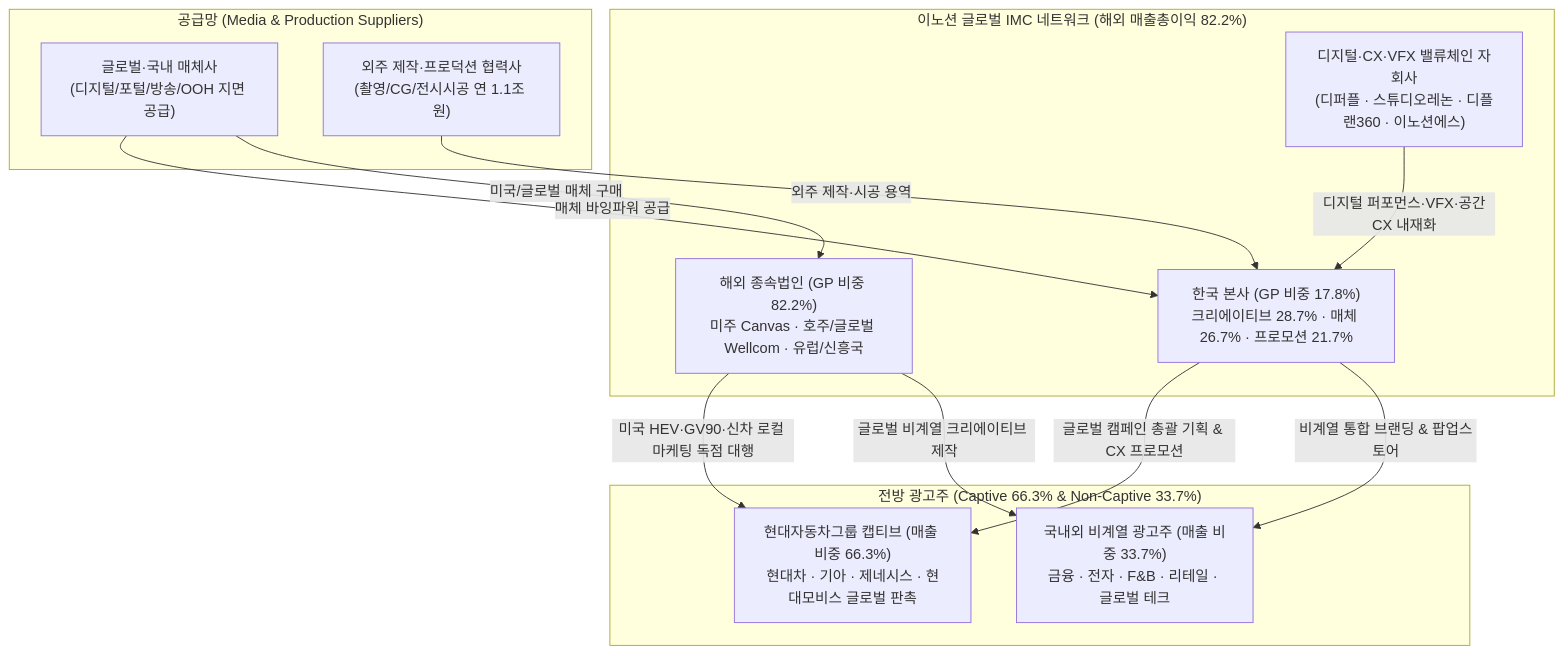
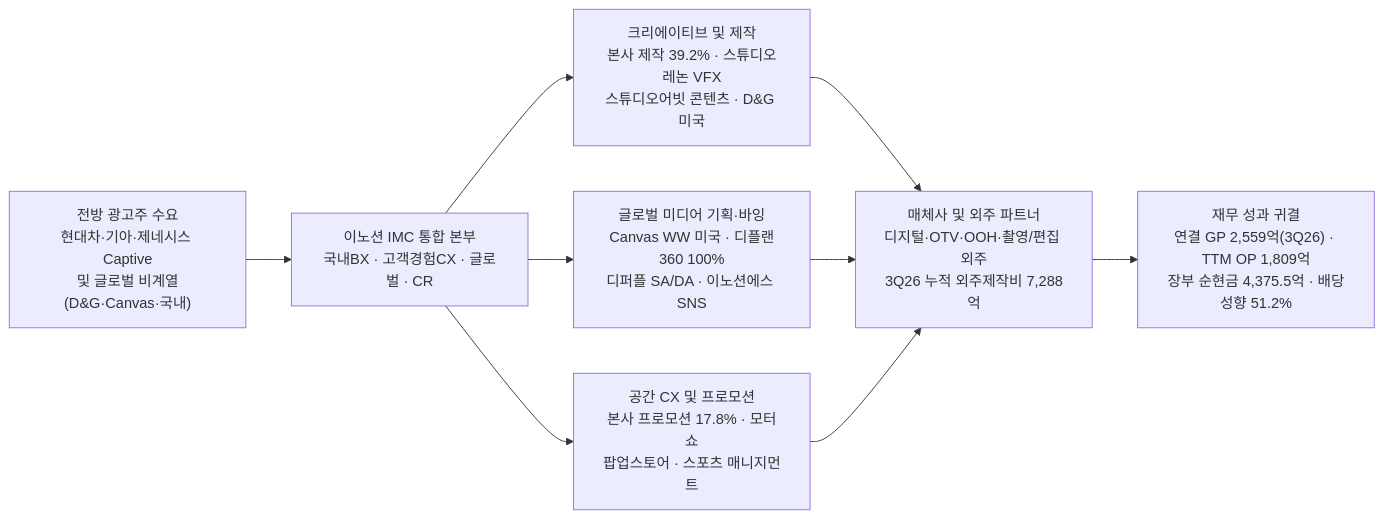
One commit to eve830521-cmd/my-skill-ver.5 changed the first of 3 diagrams in Stock_Research/이노션/3_Final_Reports/Phase1_Report.md. Above: the diagram before and after it, drawn with Mermaid. The commit also changed other lines of this file and 308 other files, not shown here.

````diff
--- a/Stock_Research/이노션/3_Final_Reports/Phase1_Report.md
+++ b/Stock_Research/이노션/3_Final_Reports/Phase1_Report.md
@@ -67,27 +26,11 @@
 ```mermaid
-flowchart TD
-    subgraph S1["공급망 (Media & Production Suppliers)"]
-        M1["글로벌·국내 매체사<br/>(디지털/포털/방송/OOH 지면 공급)"]
-        M2["외주 제작·프로덕션 협력사<br/>(촬영/CG/전시시공 연 1.1조 원)"]
-    end
-
-    subgraph S2["이노션 글로벌 IMC 네트워크 (해외 매출총이익 82.2%)"]
-        I1["한국 본사 (GP 비중 17.8%)<br/>크리에이티브 28.7% · 매체 26.7% · 프로모션 21.7%"]
-        I2["해외 종속법인 (GP 비중 82.2%)<br/>미주 Canvas · 호주/글로벌 Wellcom · 유럽/신흥국"]
-        I3["디지털·CX·VFX 밸류체인 자회사<br/>(디퍼플 · 스튜디오레논 · 디플랜360 · 이노션에스)"]
-    end
-
-    subgraph S3["전방 광고주 (Captive 66.3% & Non-Captive 33.7%)"]
-        C1["현대자동차그룹 캡티브 (매출 비중 66.3%)<br/>현대차 · 기아 · 제네시스 · 현대모비스 글로벌 판촉"]
-        C2["국내외 비계열 광고주 (매출 비중 33.7%)<br/>금융 · 전자 · F&B · 리테일 · 글로벌 테크"]
-    end
-
-    M1 -->|"매체 바잉파워 공급"| I1
-    M1 -->|"미국/글로벌 매체 구매"| I2
-    M2 -->|"외주 제작·시공 용역"| I1
-    I3 -->|"디지털 퍼포먼스·VFX·공간CX 내재화"| I1
-    I1 -->|"글로벌 캠페인 총괄 기획 & CX 프로모션"| C1
-    I2 -->|"미국 HEV·GV90·신차 로컬 마케팅 독점 대행"| C1
-    I1 -->|"비계열 통합 브랜딩 & 팝업스토어"| C2
-    I2 -->|"글로벌 비계열 크리에이티브 제작"| C2
+flowchart LR
+    A["전방 광고주 수요<br>현대차·기아·제네시스 Captive<br>및 글로벌 비계열(D&G·Canvas·국내)"] --> B["이노션 IMC 통합 본부<br>국내BX · 고객경험CX · 글로벌 · CR"]
+    B --> C1["크리에이티브 및 제작<br>본사 제작 39.2% · 스튜디오레논 VFX<br>스튜디오어빗 콘텐츠 · D&G 미국"]
+    B --> C2["글로벌 미디어 기획·바잉<br>Canvas WW 미국 · 디플랜360 100%<br>디퍼플 SA/DA · 이노션에스 SNS"]
+    B --> C3["공간 CX 및 프로모션<br>본사 프로모션 17.8% · 모터쇼<br>팝업스토어 · 스포츠 매니지먼트"]
+    C1 --> D["매체사 및 외주 파트너<br>디지털·OTV·OOH·촬영/편집 외주<br>3Q26 누적 외주제작비 7,288억"]
+    C2 --> D
+    C3 --> D
+    D --> E["재무 성과 귀결<br>연결 GP 2,559억(3Q26) · TTM OP 1,809억<br>장부 순현금 4,375.5억 · 배당성향 51.2%"]
 ```
````
